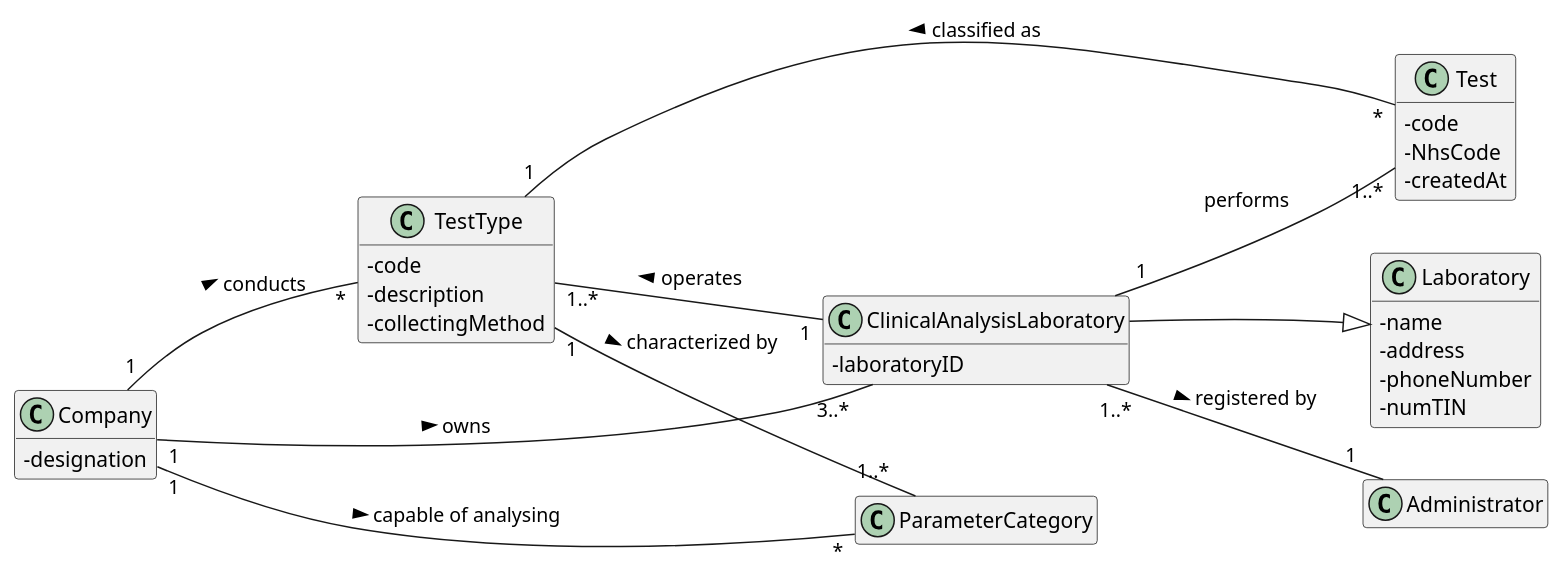
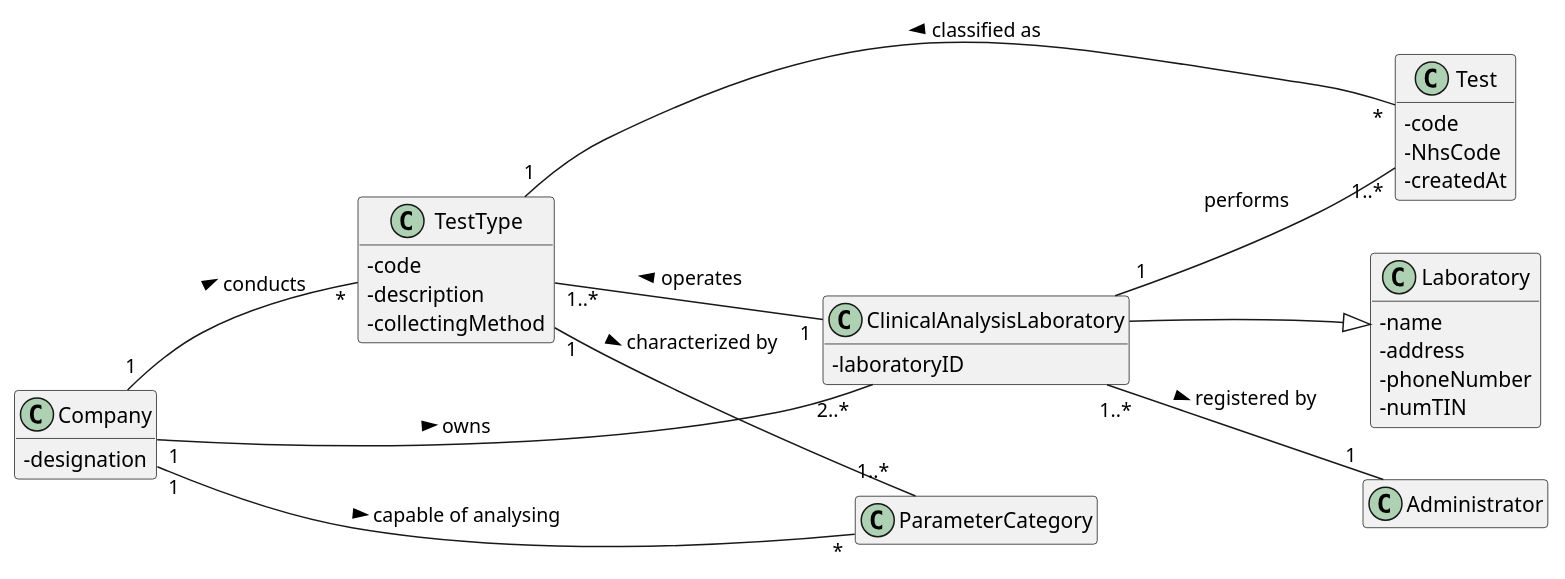
One commit to ana-albergaria/LAPR2-ISEP changed the diagram in docs/SprintC/US_8/US8_DM.puml. Above: the diagram before and after it, drawn with PlantUML. The commit also changed 12 other files, not shown here.

```diff
--- a/docs/SprintC/US_8/US8_DM.puml
+++ b/docs/SprintC/US_8/US8_DM.puml
@@ -1,85 +1,85 @@
 @startuml
 
 skinparam classAttributeIconSize 0
 hide empty methods
 hide empty attributes
 left to right direction
 
 class Laboratory {
 - name
 - address
 - phoneNumber
 - numTIN
 }
 
 /'
 class Employee {
 - employeeID
 - organizationRole
 - name
 - address
 - phoneNumber
 - e-Mail
 - standardOccupationalClassificationCode
 }'/
 
 class Test{
 - code
 - NhsCode
 - createdAt
 }
 
 class ClinicalAnalysisLaboratory{
 - laboratoryID
 }
 
 /'class Application{}'/
 
 class TestType{
 - code
 - description
 - collectingMethod
 }
 
 class Company{
 - designation
 }
 
 class Administrator{}
 
 together {
 class TestType
 class Laboratory
 }
 
 Company -[hidden]-> TestType
 Company -[hidden]-> Laboratory
 
 
 /' LAYOUT PURPOSES '/
 ClinicalAnalysisLaboratory -[hidden]down-> Laboratory
 Test -[hidden]up-> TestType
 ClinicalAnalysisLaboratory -[hidden]up-> TestType
 
 
 /' END OF LAYOUT PURPOSES '/
 
-Company "1" -- "3..*" ClinicalAnalysisLaboratory : owns >
+Company "1" -- "2..*" ClinicalAnalysisLaboratory : owns >
 /'ClinicalAnalysisLaboratory "1" -- "1" Laboratory : is of >'/
 /'Employee "1..*" - "1" Company : works for >'/
 Company "1" -- "*" TestType : conducts >
 ClinicalAnalysisLaboratory "1" -- "1..*" Test : performs
 Company "1" -- "*" ParameterCategory : capable of analysing >
 
 /' MUDAR SENTIDO DA SETA? POR CAUSA DO RATIONALE '/
 /'Application "1" -- "1" Company : knows <'/
 Test "*" -- "1" TestType : classified as >
 ClinicalAnalysisLaboratory "1" -- "1..*" TestType : operates >
 ClinicalAnalysisLaboratory "1..*" -- "1" Administrator : registered by >
 TestType "1" -- "1..*" ParameterCategory : characterized by >
 
 Laboratory <|-- ClinicalAnalysisLaboratory
 
 
 
 @enduml
```
